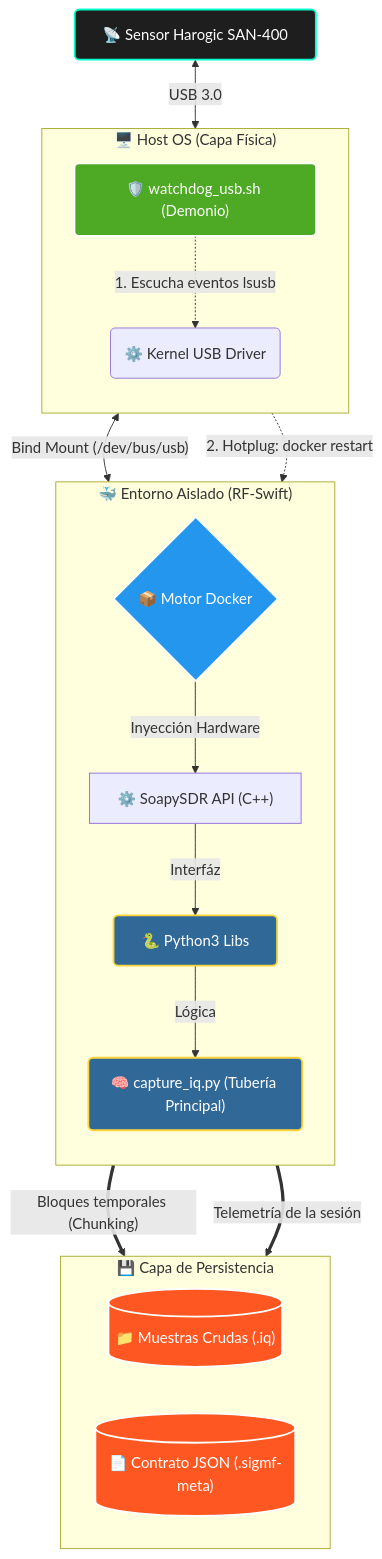
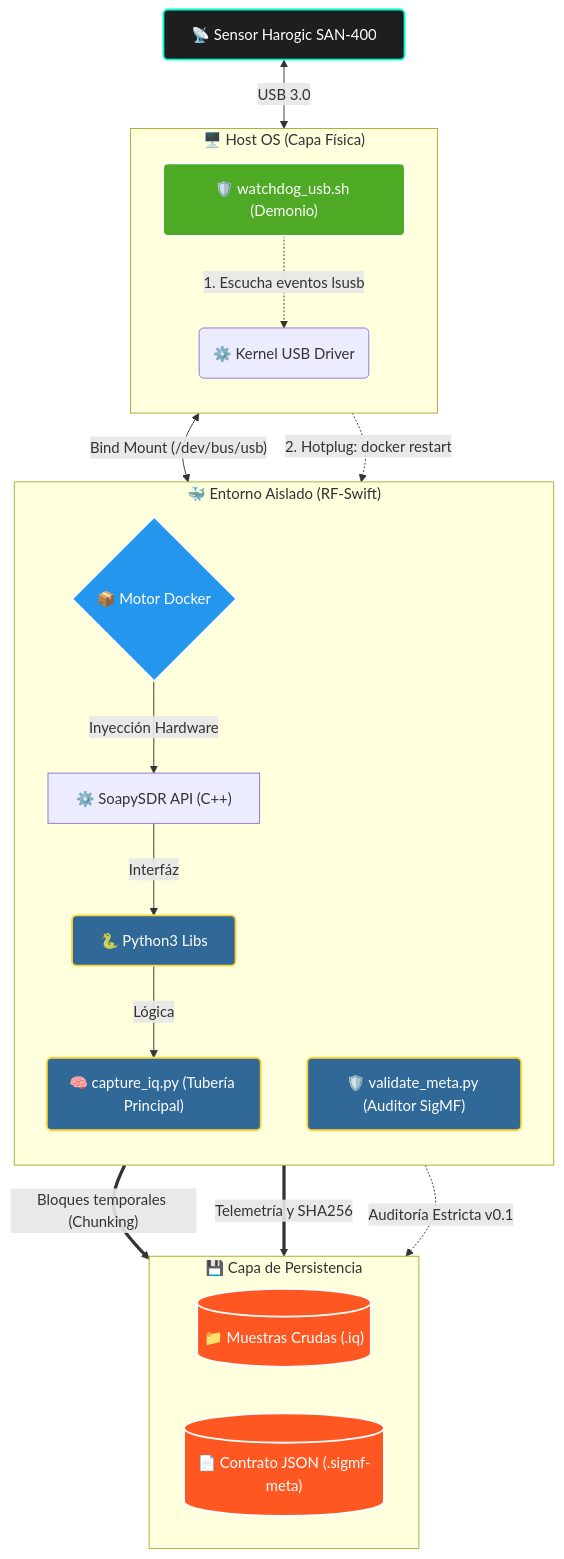
The diagram in README.md (dielectronico314/Spectre-Horizon), drawn with Mermaid before and after one commit. The commit also changed other lines of this file, not shown here.

Commit message:
docs: actualizar arquitectura, ejemplos y roadmap (Dia 8)

````diff
--- a/README.md
+++ b/README.md
@@ -50,42 +50,44 @@
 ```mermaid
 flowchart TB
     %% Definición de paleta de colores profesional
     classDef hardware fill:#1e1e1e,stroke:#00ffcc,stroke-width:2px,color:#fff,rx:5px,ry:5px
     classDef docker fill:#2496ed,stroke:#ffffff,stroke-width:2px,color:#fff,rx:5px,ry:5px
     classDef python fill:#306998,stroke:#ffd43b,stroke-width:2px,color:#fff,rx:5px,ry:5px
     classDef storage fill:#ff5722,stroke:#ffffff,stroke-width:2px,color:#fff,rx:5px,ry:5px
     classDef bash fill:#4eaa25,stroke:#ffffff,stroke-width:2px,color:#fff,rx:5px,ry:5px
 
     A["📡 Sensor Harogic SAN-400"]:::hardware <-->|"USB 3.0"| B
     
     subgraph HOST["🖥️ Host OS (Capa Física)"]
         direction TB
         B("⚙️ Kernel USB Driver")
         W["🛡️ watchdog_usb.sh (Demonio)"]:::bash
         W -.->|"1. Escucha eventos lsusb"| B
     end
     
     subgraph DOCKER["🐳 Entorno Aislado (RF-Swift)"]
         direction TB
         C{"📦 Motor Docker"}:::docker
         D["⚙️ SoapySDR API (C++)"]
         E["🐍 Python3 Libs"]:::python
         F("🧠 capture_iq.py (Tubería Principal)"):::python
+        V("🛡️ validate_meta.py (Auditor SigMF)"):::python
         
         C -->|"Inyección Hardware"| D
         D -->|"Interfáz"| E
         E -->|"Lógica"| F
     end
 
     B <-->|"Bind Mount (/dev/bus/usb)"| C
     W -.->|"2. Hotplug: docker restart"| C
     
     subgraph STORAGE["💾 Capa de Persistencia"]
         direction LR
         G[("📁 Muestras Crudas (.iq)")]:::storage
         H[("📄 Contrato JSON (.sigmf-meta)")]:::storage
     end
     
     F ==>|"Bloques temporales (Chunking)"| G
-    F ==>|"Telemetría de la sesión"| H
+    F ==>|"Telemetría y SHA256"| H
+    V -.->|"Auditoría Estricta v0.1"| H
 ```
````
